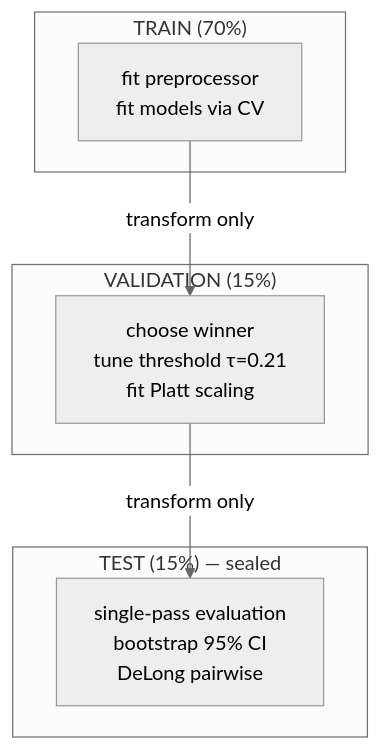
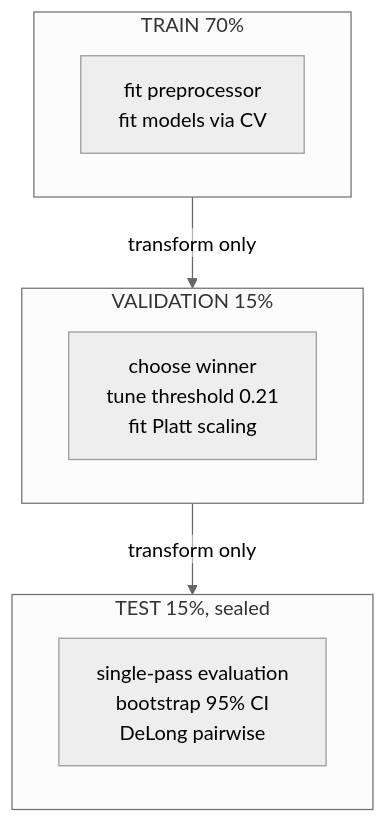
Before and after one commit to cyberstuck3/HormoBench-PCOS: the second of 2 diagrams in README.md, drawn with Mermaid (neutral theme). The commit also changed other lines of this file, not shown here.

First line of the commit message:
Fix clipped Mermaid diagrams in README

````diff
--- a/README.md
+++ b/README.md
@@ -82,14 +88,15 @@
 ```mermaid
+%%{init: {"flowchart": {"htmlLabels": false}}}%%
 flowchart TB
-    subgraph train ["TRAIN (70%)"]
-        T[fit preprocessor<br/>fit models via CV]
+    subgraph train ["TRAIN 70%"]
+        T["fit preprocessor<br/>fit models via CV"]
     end
-    subgraph val ["VALIDATION (15%)"]
-        V[choose winner<br/>tune threshold τ=0.21<br/>fit Platt scaling]
+    subgraph val ["VALIDATION 15%"]
+        V["choose winner<br/>tune threshold 0.21<br/>fit Platt scaling"]
     end
-    subgraph test ["TEST (15%) — sealed"]
-        E[single-pass evaluation<br/>bootstrap 95% CI<br/>DeLong pairwise]
+    subgraph test ["TEST 15%, sealed"]
+        E["single-pass evaluation<br/>bootstrap 95% CI<br/>DeLong pairwise"]
     end
-    T -->|transform only| V
-    V -->|transform only| E
+    train -- "transform only" --> val
+    val -- "transform only" --> test
 ```
````
